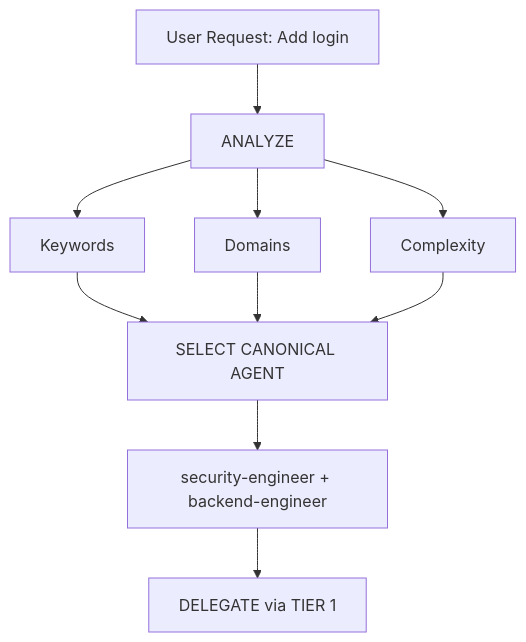
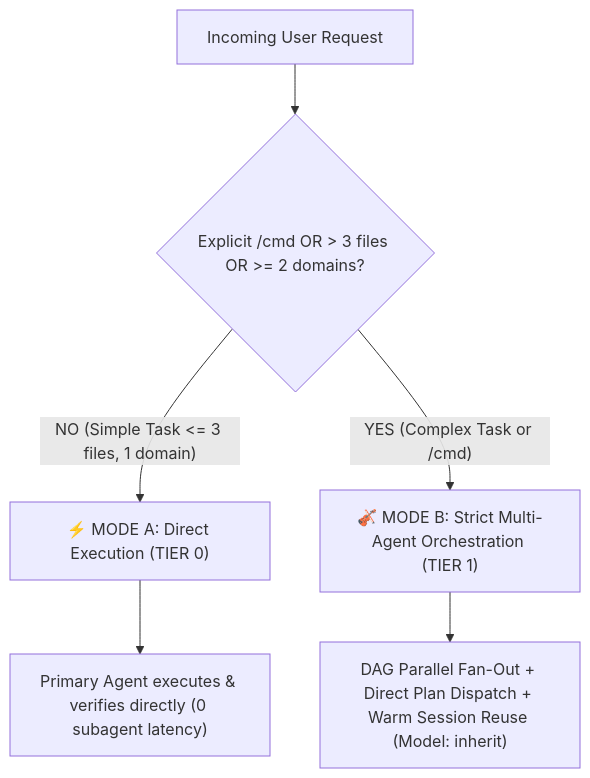
One commit to Kennyboom/BoomOpen-Workflow-Kit changed the diagram in skills/intelligent-routing/SKILL.md. Above: the diagram before and after it, drawn with Mermaid. The commit also changed other lines of this file and 174 other files, not shown here.

````diff
--- a/skills/intelligent-routing/SKILL.md
+++ b/skills/intelligent-routing/SKILL.md
@@ -21,12 +15,8 @@
 ```mermaid
-graph TD
-    A["User Request: Add login"] --> B["ANALYZE"]
-    B --> C["Keywords"]
-    B --> D["Domains"]
-    B --> E["Complexity"]
-    C --> F["SELECT CANONICAL AGENT"]
-    D --> F
-    E --> F
-    F --> G["security-engineer + backend-engineer"]
-    G --> H["DELEGATE via TIER 1"]
+flowchart TD
+    A["Incoming User Request"] --> B{"Explicit /cmd OR > 3 files OR >= 2 domains?"}
+    B -- "NO (Simple Task <= 3 files, 1 domain)" --> C["⚡ MODE A: Direct Execution (TIER 0)"]
+    C --> D["Primary Agent executes & verifies directly (0 subagent latency)"]
+    B -- "YES (Complex Task or /cmd)" --> E["🎻 MODE B: Strict Multi-Agent Orchestration (TIER 1)"]
+    E --> F["DAG Parallel Fan-Out + Direct Plan Dispatch + Warm Session Reuse (Model: inherit)"]
 ```
````
